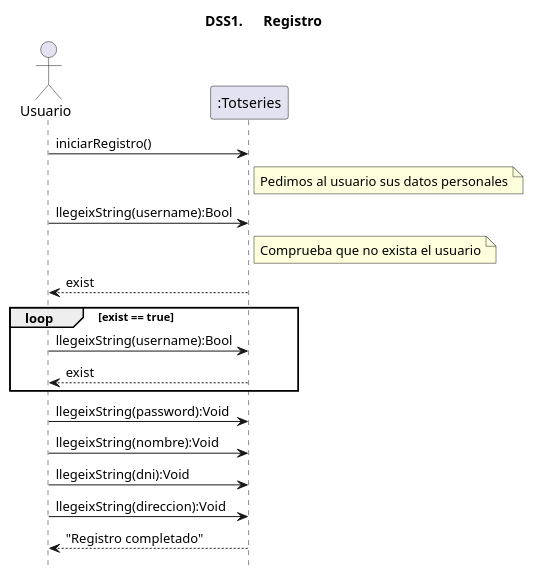
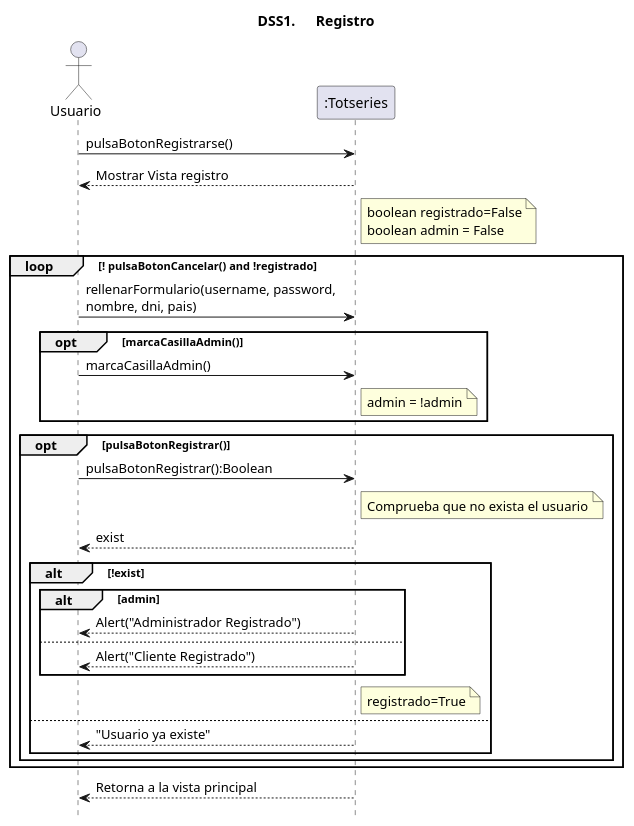
Before and after one commit to MrViciao/TotSeries: the diagram in src/totseries/Uml/Sistema/Diagrama de Sistema UC1.puml, drawn with PlantUML. The commit also changed 4 other files, not shown here.

Commit message:
Diagramas de Sistema

```diff
--- a/src/totseries/Uml/Sistema/Diagrama de Sistema UC1.puml
+++ b/src/totseries/Uml/Sistema/Diagrama de Sistema UC1.puml
@@ -1,27 +1,44 @@
 @startuml
 title	DSS1.	Registro	
 hide	footbox
 actor	Usuario	as	user
 participant ":Totseries" as TotSeries
 
-user	->	TotSeries:iniciarRegistro()
+user	->	TotSeries:pulsaBotonRegistrarse()
+TotSeries --> user: Mostrar Vista registro
+
 note right TotSeries
-    Pedimos al usuario sus datos personales
+    boolean registrado=False
+    boolean admin = False
 end note
-user -> TotSeries:llegeixString(username):Bool
-note right TotSeries
-    Comprueba que no exista el usuario
-end note
-TotSeries --> user : exist
-
-loop exist == true
-    user -> TotSeries:llegeixString(username):Bool
-    TotSeries --> user : exist
-end
-user -> TotSeries:llegeixString(password):Void
-user -> TotSeries:llegeixString(nombre):Void
-user -> TotSeries:llegeixString(dni):Void
-user -> TotSeries:llegeixString(direccion):Void
-TotSeries --> user :"Registro completado"
-
+loop ! pulsaBotonCancelar() and !registrado
+    user -> TotSeries:rellenarFormulario(username, password, \nnombre, dni, pais)
+    opt marcaCasillaAdmin()
+    user -> TotSeries: marcaCasillaAdmin()
+        note right TotSeries
+            admin = !admin
+        end note
+    end opt
+    opt pulsaBotonRegistrar()
+    user -> TotSeries:pulsaBotonRegistrar():Boolean
+        note right TotSeries
+            Comprueba que no exista el usuario
+        end note
+        TotSeries --> user : exist
+        alt !exist
+            alt admin
+                TotSeries --> user :Alert("Administrador Registrado")
+            else 
+                TotSeries --> user :Alert("Cliente Registrado")
+            end alt
+            note right TotSeries
+                registrado=True
+            end note
+            
+        else
+            TotSeries --> user :"Usuario ya existe"
+        end alt
+    end opt
+end loop
+TotSeries --> user: Retorna a la vista principal
 @enduml
```
